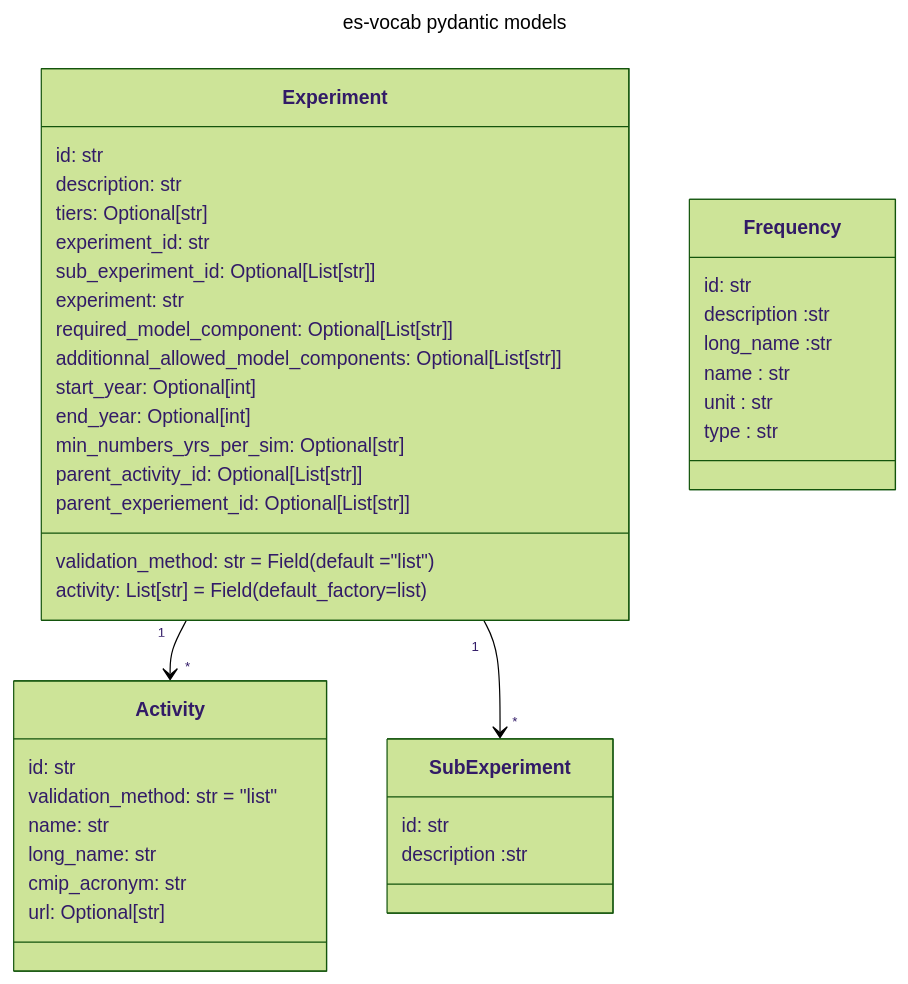
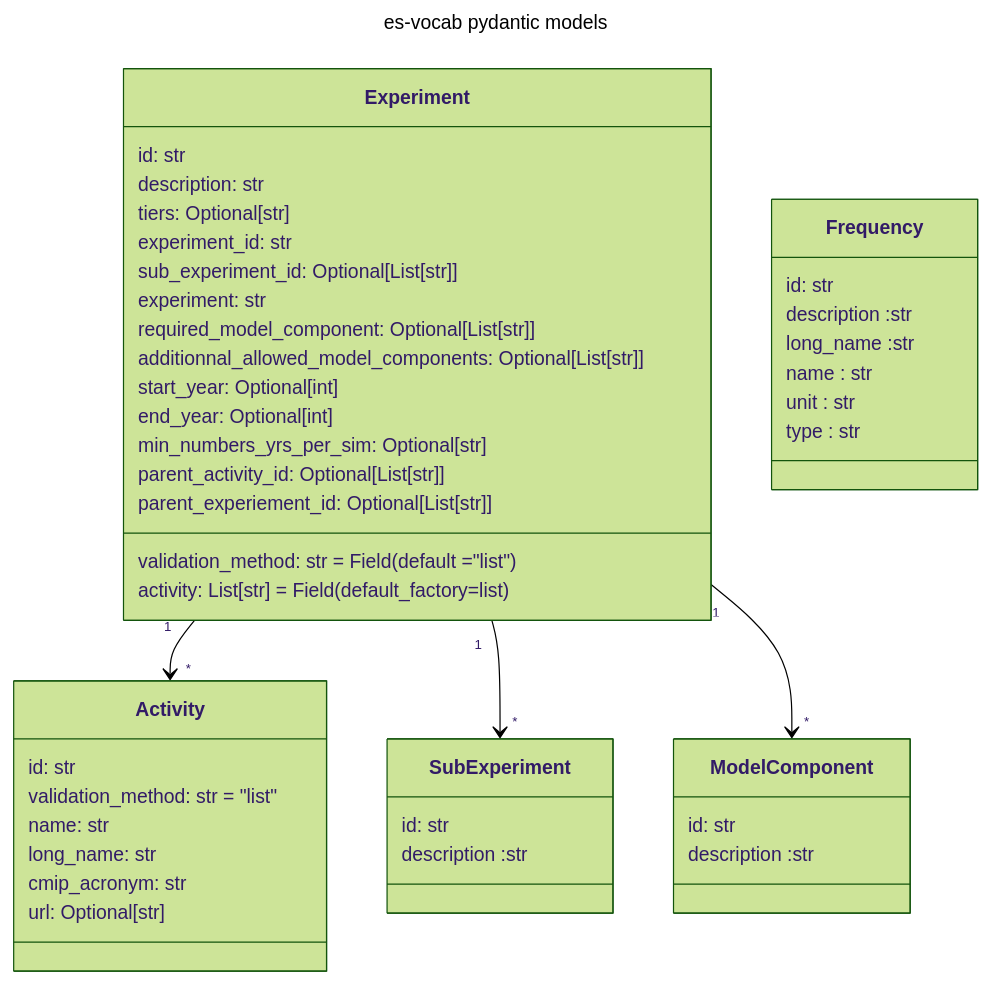
One commit to PCMDI/mip-cmor-tables changed the first of 2 diagrams in TODO.md. Above: the diagram before and after it, drawn with Mermaid (forest theme). The commit also changed other lines of this file and 14 other files, not shown here.

Commit message:
create model_component script, pydantic model for model_component, model_component context + model_compoenent pytest for term validation + TODO update

````diff
--- a/TODO.md
+++ b/TODO.md
@@ -85,55 +85,61 @@
 ``` mermaid
 ---
 title: es-vocab pydantic models 
 ---
 classDiagram
     Experiment "1" --> "*" Activity
     Experiment "1" --> "*" SubExperiment
+    Experiment "1" --> "*" ModelComponent
 
 
     class Frequency{
     id: str 
     description :str
     long_name :str 
     name : str 
     unit : str 
     type : str 
     
     }
     class Activity{
 
     id: str 
     validation_method: str = "list"
     name: str 
     long_name: str 
     cmip_acronym: str 
     url: Optional[str] 
 
     }
     
     class Experiment{
         id: str 
     validation_method: str = Field(default ="list")
     activity: List[str] = Field(default_factory=list)
     description: str 
     tiers: Optional[str] 
     experiment_id: str 
     sub_experiment_id: Optional[List[str]] 
     experiment: str 
     required_model_component: Optional[List[str]] 
     additionnal_allowed_model_components: Optional[List[str]] 
     start_year: Optional[int] 
     end_year: Optional[int] 
     min_numbers_yrs_per_sim: Optional[str] 
     parent_activity_id: Optional[List[str]] 
     parent_experiement_id: Optional[List[str]] 
 
     }
     class SubExperiment{
 
     id: str 
     description :str
 }
+     class ModelComponent{
+
+    id: str 
+    description :str
+}   
 
 
 ```
````
